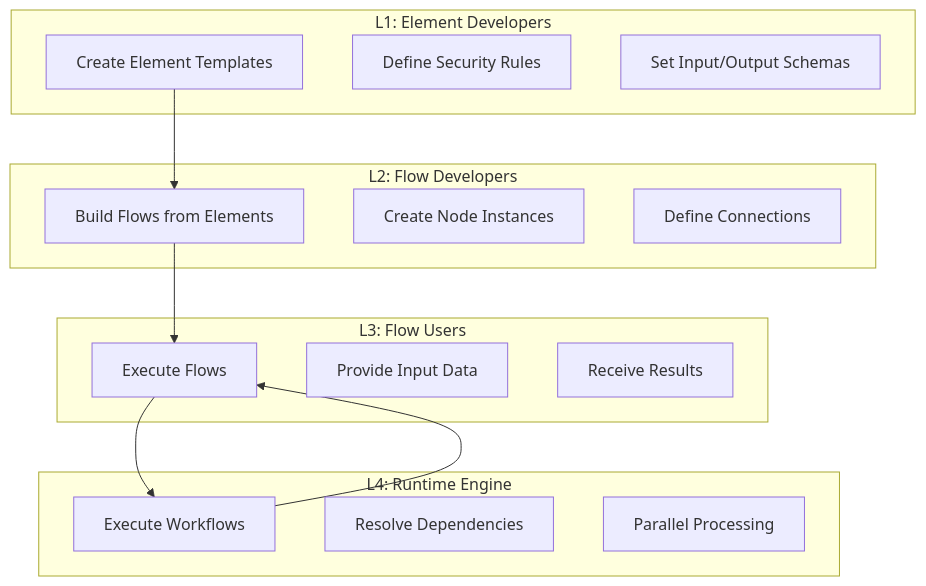
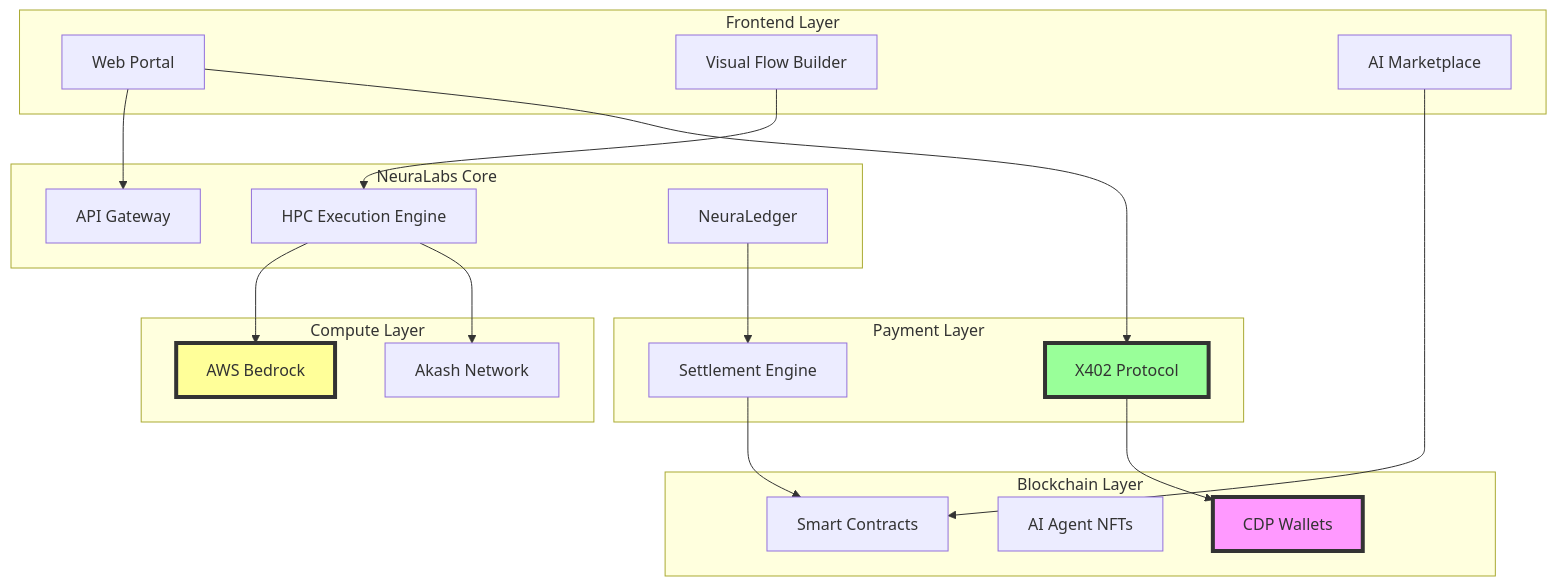
One commit to NeuraLabsHQ/neuralabs-coinbase changed the fourth of 12 diagrams in readme.md. Above: the diagram before and after it, drawn with Mermaid. The commit also changed other lines of this file, not shown here.

````diff
--- a/readme.md
+++ b/readme.md
@@ -292,31 +190,46 @@
 ```mermaid
 graph TB
-    subgraph "L1: Element Developers"
-        L1[Create Element Templates]
-        L1_SEC[Define Security Rules]
-        L1_SCHEMA[Set Input/Output Schemas]
+    subgraph "Frontend Layer"
+        UI[Web Portal] 
+        BUILDER[Visual Flow Builder]
+        MARKET[AI Marketplace]
     end
     
-    subgraph "L2: Flow Developers"
-        L2[Build Flows from Elements]
-        L2_NODES[Create Node Instances]
-        L2_CONN[Define Connections]
+    subgraph "NeuraLabs Core"
+        BACKEND[API Gateway]
+        ENGINE[HPC Execution Engine]
+        LEDGER[NeuraLedger]
     end
     
-    subgraph "L3: Flow Users"
-        L3[Execute Flows]
-        L3_INPUT[Provide Input Data]
-        L3_OUTPUT[Receive Results]
+    subgraph "Blockchain Layer"
+        SC[Smart Contracts]
+        NFT[AI Agent NFTs]
+        CDP[CDP Wallets]
     end
     
-    subgraph "L4: Runtime Engine"
-        L4[Execute Workflows]
-        L4_DEP[Resolve Dependencies]
-        L4_PAR[Parallel Processing]
+    subgraph "Payment Layer"
+        X402[X402 Protocol]
+        SETTLE[Settlement Engine]
     end
     
-    L1 --> L2
-    L2 --> L3
-    L3 --> L4
-    L4 --> L3
+    subgraph "Compute Layer"
+        AWS[AWS Bedrock]
+        AKASH[Akash Network]
+    end
+    
+    UI --> BACKEND
+    BUILDER --> ENGINE
+    MARKET --> SC
+    
+    UI --> X402
+    X402 --> CDP
+    ENGINE --> AWS
+    ENGINE --> AKASH
+    
+    LEDGER --> SETTLE
+    SETTLE --> SC
+    
+    style CDP fill:#f9f,stroke:#333,stroke-width:4px
+    style X402 fill:#9f9,stroke:#333,stroke-width:4px
+    style AWS fill:#ff9,stroke:#333,stroke-width:4px
 ```
````
